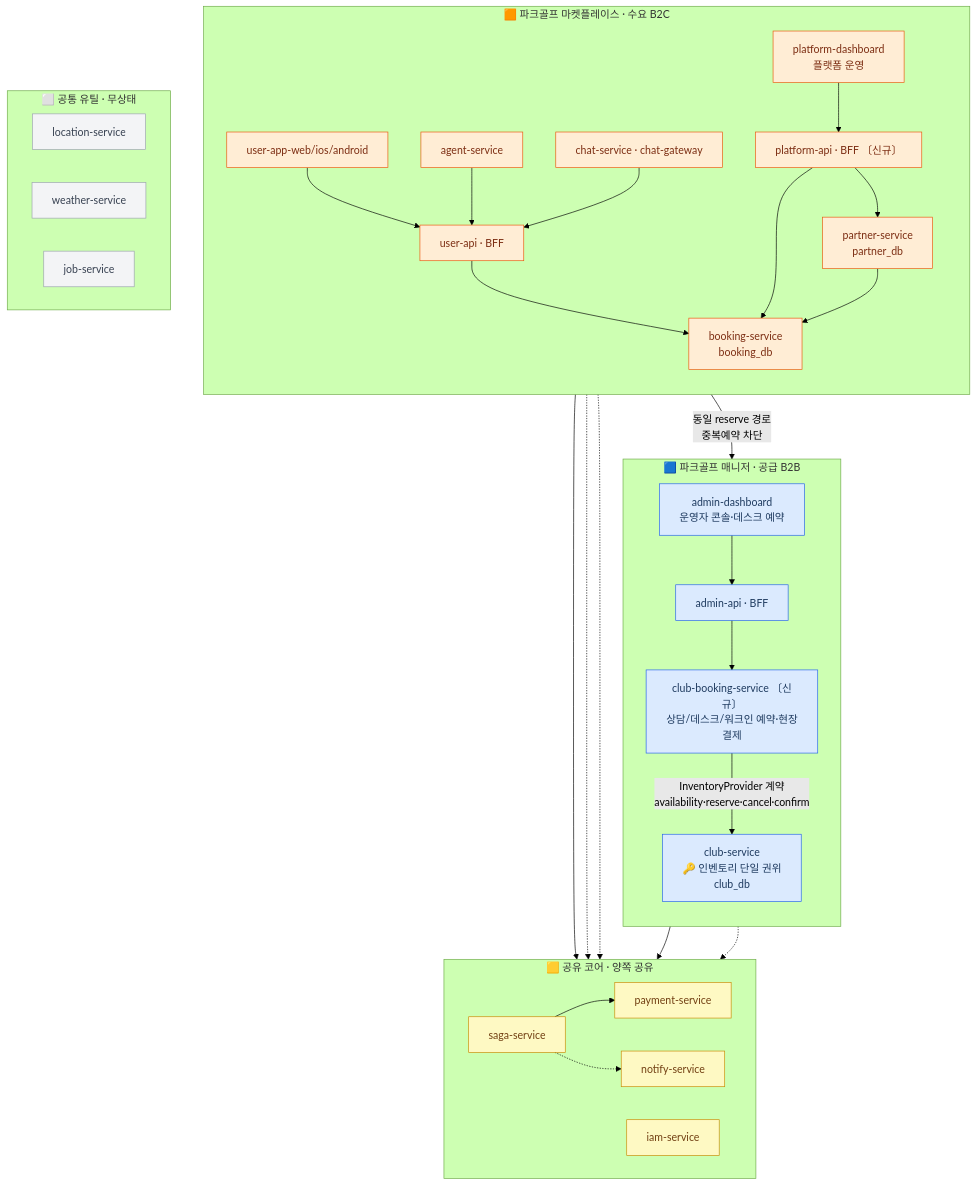
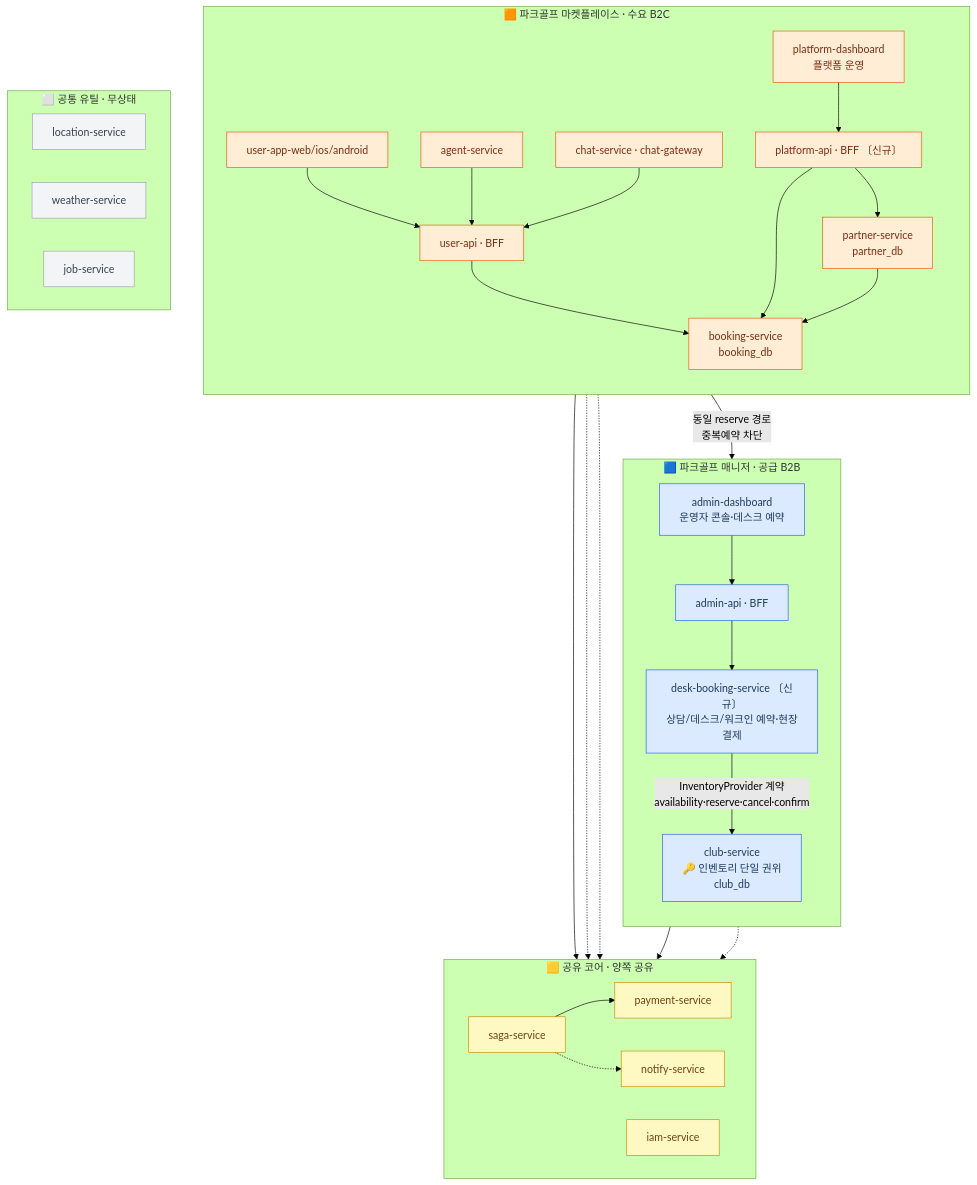
Before and after one commit to uniyous/parkgolf-platform: the first of 6 diagrams in docs/architecture/erp-booking-split.md, drawn with Mermaid (forest theme). The commit also changed other lines of this file, not shown here.

Commit message:
docs(club): club-booking-service → desk-booking-service 개명 (UNI-91)

````diff
--- a/docs/architecture/erp-booking-split.md
+++ b/docs/architecture/erp-booking-split.md
@@ -7,69 +7,69 @@
 ```mermaid
 flowchart TB
     %% ===== 파크골프 매니저 (공급 B2B) =====
     subgraph MGR["🟦 파크골프 매니저 · 공급 B2B"]
         direction TB
         ADM["admin-dashboard<br/>운영자 콘솔·데스크 예약"]
         AAPI["admin-api · BFF"]
-        CBS["club-booking-service 〔신규〕<br/>상담/데스크/워크인 예약·현장결제"]
+        CBS["desk-booking-service 〔신규〕<br/>상담/데스크/워크인 예약·현장결제"]
         CLUB["club-service<br/>🔑 인벤토리 단일 권위<br/>club_db"]
     end
 
     %% ===== 파크골프 마켓플레이스 (수요 B2C) =====
     subgraph MKT["🟧 파크골프 마켓플레이스 · 수요 B2C"]
         direction TB
         UAPP["user-app-web/ios/android"]
         PDASH["platform-dashboard<br/>플랫폼 운영"]
         UAPI["user-api · BFF"]
         PAPI["platform-api · BFF 〔신규〕"]
         BK["booking-service<br/>booking_db"]
         PART["partner-service<br/>partner_db"]
         AG["agent-service"]
         CH["chat-service · chat-gateway"]
     end
 
     %% ===== 공유 코어 (양쪽 배포·코드 공유) =====
     subgraph CORE["🟨 공유 코어 · 양쪽 공유"]
         direction LR
         SAGA["saga-service"]
         PAY["payment-service"]
         IAM["iam-service"]
         NOTI["notify-service"]
     end
 
     %% ===== 공통 유틸 (무상태) =====
     subgraph UTIL["⬜ 공통 유틸 · 무상태"]
         direction LR
         LOC["location-service"]
         WEA["weather-service"]
         JOB["job-service"]
     end
 
     ADM --> AAPI --> CBS
     UAPP --> UAPI --> BK
     PDASH --> PAPI --> BK
     PAPI --> PART
     PART --> BK
     AG --> UAPI
     CH --> UAPI
 
     CBS -->|"InventoryProvider 계약<br/>availability·reserve·cancel·confirm"| CLUB
     BK -->|"동일 reserve 경로<br/>중복예약 차단"| CLUB
 
     CBS --> SAGA
     BK --> SAGA
     SAGA --> PAY
     AAPI -.-> IAM
     UAPI -.-> IAM
     PAPI -.-> IAM
     SAGA -.-> NOTI
 
     classDef mgr fill:#dbeafe,stroke:#2563eb,color:#1e3a5f;
     classDef mkt fill:#ffedd5,stroke:#ea580c,color:#7c2d12;
     classDef core fill:#fef9c3,stroke:#ca8a04,color:#713f12;
     classDef util fill:#f3f4f6,stroke:#9ca3af,color:#374151;
     class ADM,AAPI,CBS,CLUB mgr;
     class UAPP,PDASH,UAPI,PAPI,BK,PART,AG,CH mkt;
     class SAGA,PAY,IAM,NOTI core;
     class LOC,WEA,JOB util;
 ```
````
